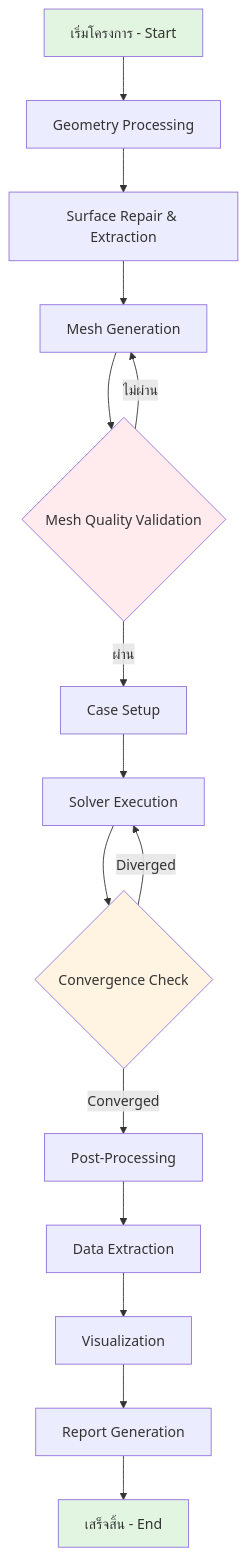
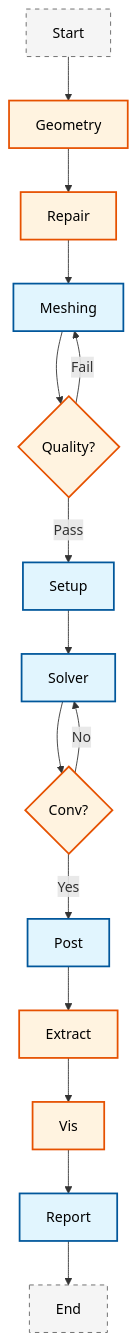
One commit to wramet/build-my-cfd changed the diagram in MODULE_07_UTILITIES_AUTOMATION/CONTENT/05_AUTOMATION/02_🏗️_Complete_CFD_Automation_Framework.md. Above: the diagram before and after it, drawn with Mermaid. The commit also changed 313 other files, not shown here.

Commit message:
Revise all diagram

````diff
--- a/MODULE_07_UTILITIES_AUTOMATION/CONTENT/05_AUTOMATION/02_🏗️_Complete_CFD_Automation_Framework.md
+++ b/MODULE_07_UTILITIES_AUTOMATION/CONTENT/05_AUTOMATION/02_🏗️_Complete_CFD_Automation_Framework.md
@@ -34,22 +34,21 @@
 ```mermaid
 flowchart TD
-    A[เริ่มโครงการ - Start] --> B[Geometry Processing]
-    B --> C[Surface Repair & Extraction]
-    C --> D[Mesh Generation]
-    D --> E{Mesh Quality Validation}
-    E -->|ผ่าน| F[Case Setup]
-    E -->|ไม่ผ่าน| D
-    F --> G[Solver Execution]
-    G --> H{Convergence Check}
-    H -->|Diverged| G
-    H -->|Converged| I[Post-Processing]
-    I --> J[Data Extraction]
-    J --> K[Visualization]
-    K --> L[Report Generation]
-    L --> M[เสร็จสิ้น - End]
+classDef implicit fill:#e1f5fe,stroke:#01579b,stroke-width:2px,color:#000
+classDef explicit fill:#fff3e0,stroke:#e65100,stroke-width:2px,color:#000
+classDef context fill:#f5f5f5,stroke:#616161,stroke-width:1px,color:#000,stroke-dasharray: 5 5
 
-    style A fill:#e1f5e1
-    style M fill:#e1f5e1
-    style H fill:#fff4e1
-    style E fill:#ffebee
+A[Start]:::context --> B[Geometry]:::explicit
+B --> C[Repair]:::explicit
+C --> D[Meshing]:::implicit
+D --> E{Quality?}:::explicit
+E -->|Pass| F[Setup]:::implicit
+E -->|Fail| D
+F --> G[Solver]:::implicit
+G --> H{Conv?}:::explicit
+H -->|No| G
+H -->|Yes| I[Post]:::implicit
+I --> J[Extract]:::explicit
+J --> K[Vis]:::explicit
+K --> L[Report]:::implicit
+L --> M[End]:::context
 ```
````
